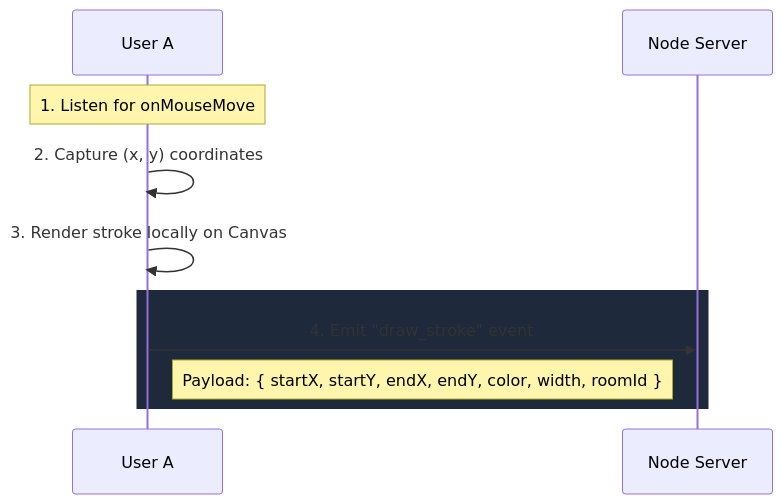
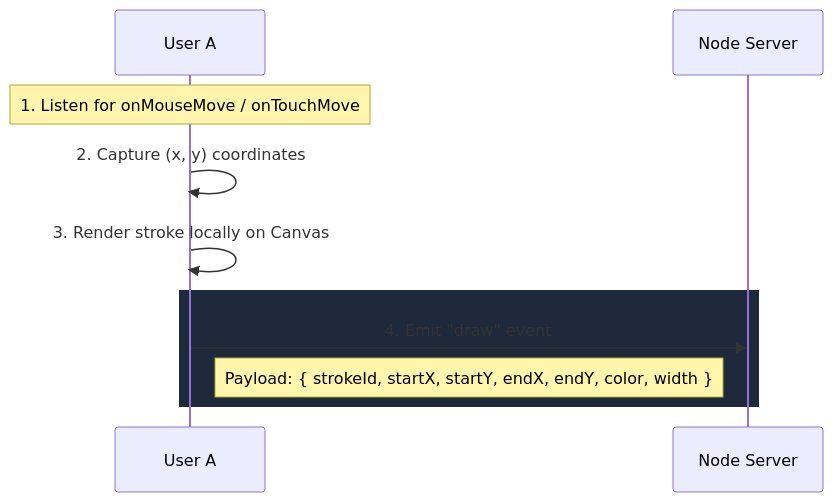
Before and after one commit to prem22k/Online-Collaborative-Whiteboard: the first of 6 diagrams in docs/architecture_data_flow.md, drawn with Mermaid. The commit also changed other lines of this file and 3 other files, not shown here.

````diff
--- a/docs/architecture_data_flow.md
+++ b/docs/architecture_data_flow.md
@@ -14,14 +14,14 @@
 ```mermaid
 sequenceDiagram
     participant A as User A
     participant S as Node Server
 
-    Note over A: 1. Listen for onMouseMove
+    Note over A: 1. Listen for onMouseMove / onTouchMove
     A->>A: 2. Capture (x, y) coordinates
     A->>A: 3. Render stroke locally on Canvas
-    
+
     rect rgb(30, 41, 59)
-    A->>S: 4. Emit "draw_stroke" event
-    Note right of A: Payload: { startX, startY, endX, endY, color, width, roomId }
+    A->>S: 4. Emit "draw" event
+    Note right of A: Payload: { strokeId, startX, startY, endX, endY, color, width }
     end
 ```
````
